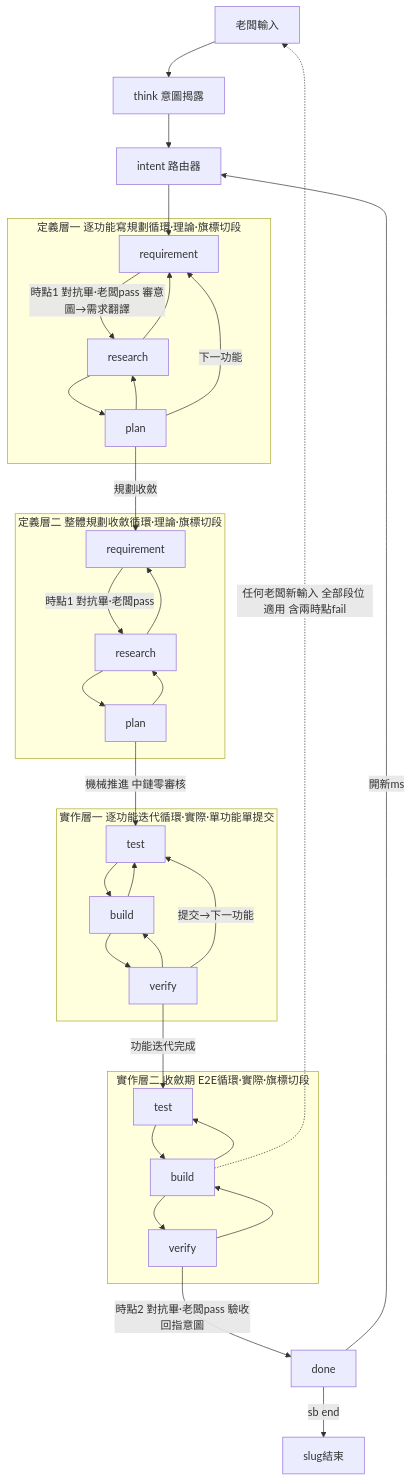
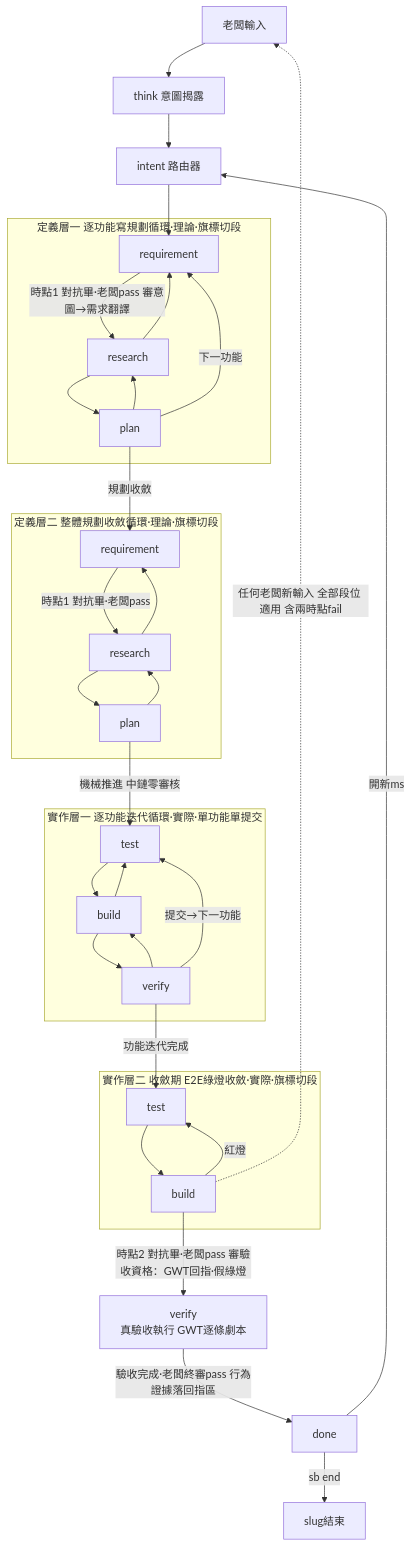
One commit to teps3105/shiftblame changed the first of 4 diagrams in skills/shiftblame/SKILL.md. Above: the diagram before and after it, drawn with Mermaid. The commit also changed other lines of this file and 28 other files, not shown here.

````diff
--- a/skills/shiftblame/SKILL.md
+++ b/skills/shiftblame/SKILL.md
@@ -42,41 +42,42 @@
 ```mermaid
 flowchart TB
     BOSS[老闆輸入] --> THINK[think 意圖揭露]
     THINK --> INTENT[intent 路由器]
 
     INTENT --> R
 
     subgraph DEF1[定義層一 逐功能寫規劃循環·理論·旗標切段]
         R[requirement] -->|時點1 對抗畢·老闆pass 審意圖→需求翻譯| RS[research] --> P[plan]
         P --> RS --> R
         P -->|下一功能| R
     end
 
     P -->|規劃收斂| R2
 
     subgraph DEF2[定義層二 整體規劃收斂循環·理論·旗標切段]
         R2[requirement] -->|時點1 對抗畢·老闆pass| RS2[research] --> P2[plan]
         P2 --> RS2 --> R2
     end
 
     P2 -->|機械推進 中鏈零審核| T
 
     subgraph IMPL1[實作層一 逐功能迭代循環·實際·單功能單提交]
         T[test] --> B[build] --> V[verify]
         V --> B --> T
         V -->|提交→下一功能| T
     end
 
     V -->|功能迭代完成| T2
 
-    subgraph CONV[實作層二 收斂期 E2E循環·實際·旗標切段]
-        T2[test] --> B2[build] --> V2[verify]
-        V2 --> B2 --> T2
+    subgraph CONV[實作層二 收斂期 E2E綠燈收斂·實際·旗標切段]
+        T2[test] --> B2[build]
+        B2 -->|紅燈| T2
     end
 
-    V2 -->|時點2 對抗畢·老闆pass 驗收回指意圖| DONE[done]
+    B2 -->|時點2 對抗畢·老闆pass 審驗收資格：GWT回指·假綠燈| V3[verify<br/>真驗收執行 GWT逐條劇本]
+    V3 -->|驗收完成·老闆終審pass 行為證據落回指區| DONE[done]
     DONE -->|開新ms| INTENT
     DONE -->|sb end| FIN[slug結束]
 
     B2 -.->|任何老闆新輸入 全部段位 適用 含兩時點fail| BOSS
 ```
````
